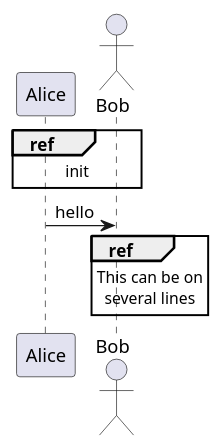
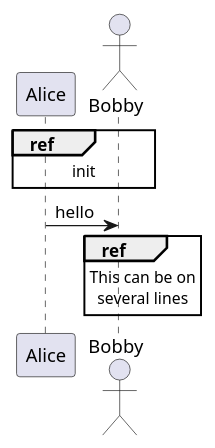
Before and after one commit to paskahlisanjas/diagram-as-code: the diagram in new-diagram.puml, drawn with PlantUML.

Commit message:
feat: make some changes

```diff
--- a/new-diagram.puml
+++ b/new-diagram.puml
@@ -1,13 +1,13 @@
 @startuml
 participant Alice
-actor Bob
+actor Bobby
 
-ref over Alice, Bob : init
+ref over Alice, Bobby : init
 
-Alice -> Bob : hello
+Alice -> Bobby : hello
 
-ref over Bob
+ref over Bobby
   This can be on
   several lines
 end ref
 @enduml
```
